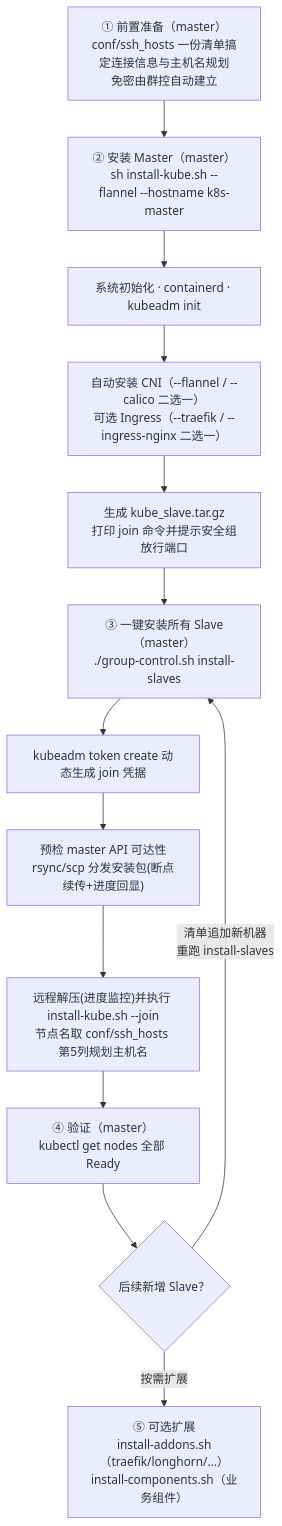
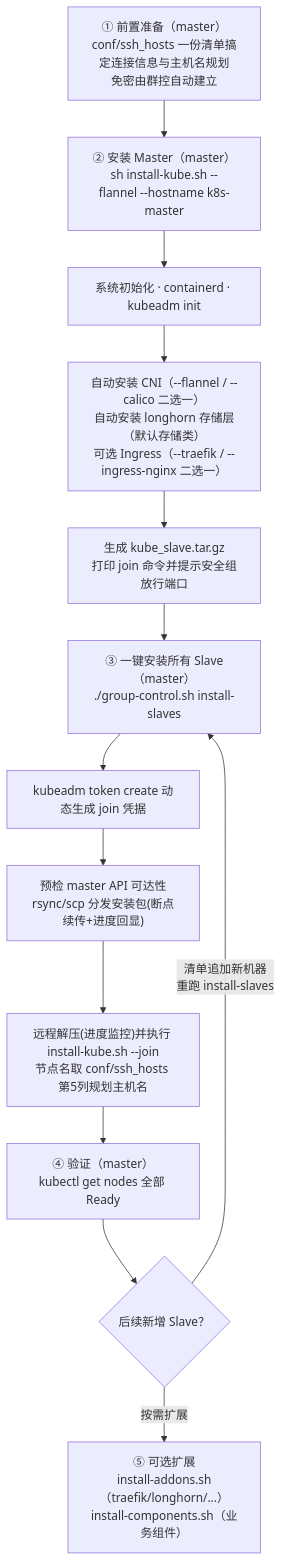
Before and after one commit to kamalyes/tarzan: the second of 2 diagrams in README.md, drawn with Mermaid. The commit also changed other lines of this file and 2 other files, not shown here.

````diff
--- a/README.md
+++ b/README.md
@@ -32,15 +34,15 @@
 ```mermaid
 flowchart TD
     A["① 前置准备（master）<br/>conf/ssh_hosts 一份清单搞定连接信息与主机名规划<br/>免密由群控自动建立"] --> B["② 安装 Master（master）<br/>sh install-kube.sh --flannel --hostname k8s-master"]
     B --> B1["系统初始化 · containerd · kubeadm init"]
-    B1 --> B2["自动安装 CNI（--flannel / --calico 二选一）<br/>可选 Ingress（--traefik / --ingress-nginx 二选一）"]
+    B1 --> B2["自动安装 CNI（--flannel / --calico 二选一）<br/>自动安装 longhorn 存储层（默认存储类）<br/>可选 Ingress（--traefik / --ingress-nginx 二选一）"]
     B2 --> B3["生成 kube_slave.tar.gz<br/>打印 join 命令并提示安全组放行端口"]
     B3 --> C["③ 一键安装所有 Slave（master）<br/>./group-control.sh install-slaves"]
     C --> C1["kubeadm token create 动态生成 join 凭据"]
     C1 --> C2["预检 master API 可达性<br/>rsync/scp 分发安装包(断点续传+进度回显)"]
     C2 --> C3["远程解压(进度监控)并执行 install-kube.sh --join<br/>节点名取 conf/ssh_hosts 第5列规划主机名"]
     C3 --> D["④ 验证（master）<br/>kubectl get nodes 全部 Ready"]
     D --> E{"后续新增 Slave？"}
     E -- "清单追加新机器<br/>重跑 install-slaves" --> C
     E -- "按需扩展" --> F["⑤ 可选扩展<br/>install-addons.sh（traefik/longhorn/...）<br/>install-components.sh（业务组件）"]
 ```
````
